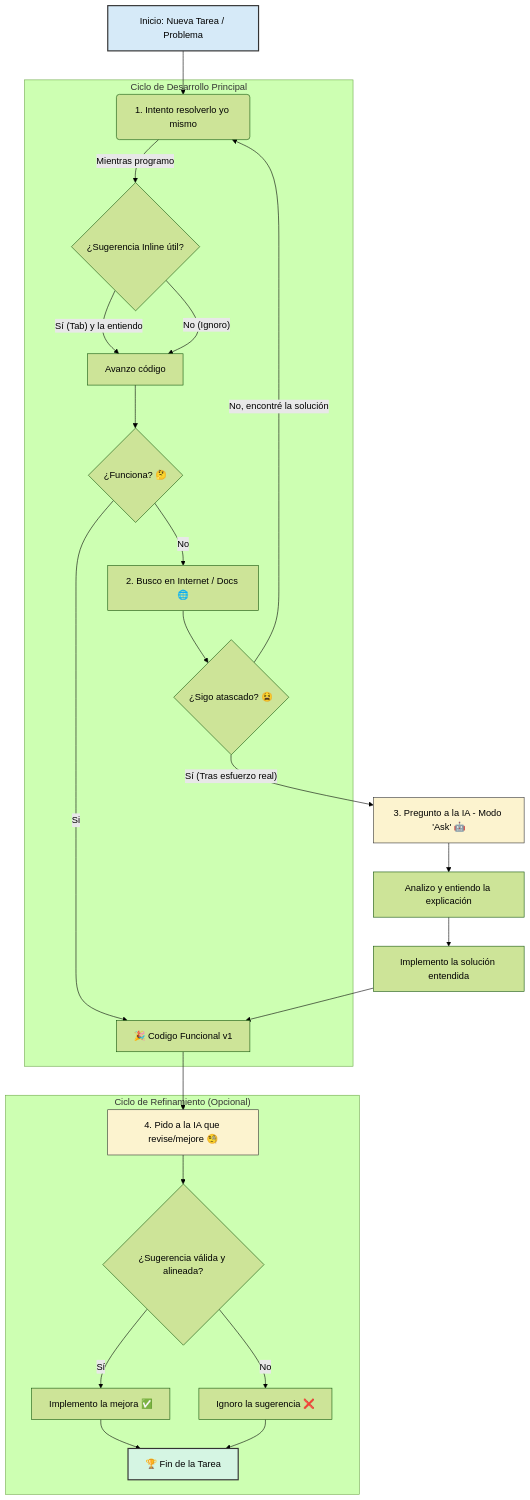
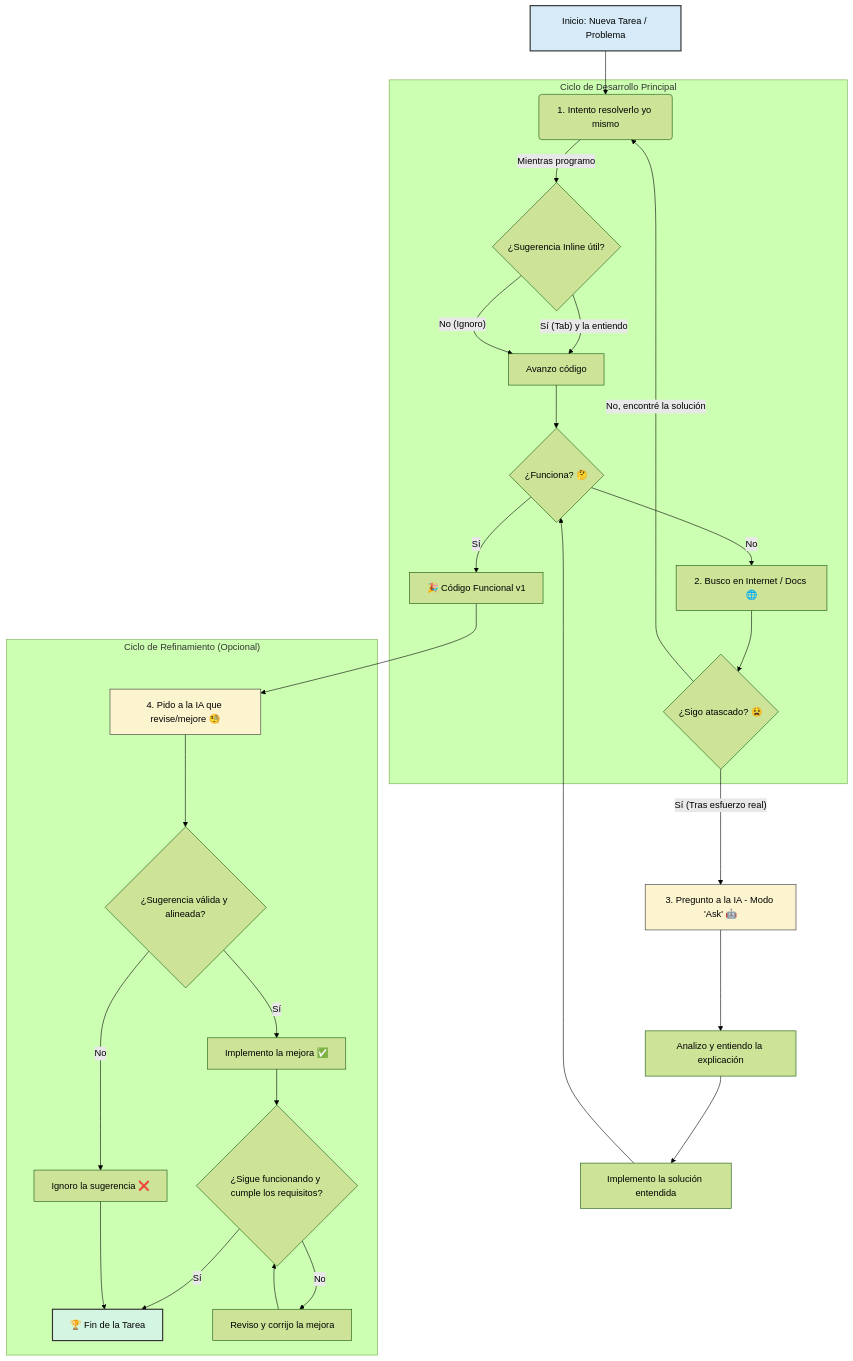
The diagram in README.md (scontreraslopez/pmdm-2026), drawn with Mermaid (forest theme) before and after one commit. The commit also changed other lines of this file and 18 other files, not shown here.

````diff
--- a/README.md
+++ b/README.md
@@ -78,36 +108,39 @@
 ```mermaid
 %% Flujo de trabajo del Desarrollador Competente con IA
 graph TD
     style A fill:#D6EAF8,stroke:#333,stroke-width:2px
     style P fill:#D5F5E3,stroke:#333,stroke-width:2px
     style H fill:#FCF3CF,stroke:#333,stroke-width:1px
     style L fill:#FCF3CF,stroke:#333,stroke-width:1px
 
     A[Inicio: Nueva Tarea / Problema] --> B(1. Intento resolverlo yo mismo)
 
     subgraph "Ciclo de Desarrollo Principal"
         B -- "Mientras programo" --> C{¿Sugerencia Inline útil?}
         C -- "Sí (Tab) y la entiendo" --> D[Avanzo código]
         C -- "No (Ignoro)" --> D
         D --> E{¿Funciona? 🤔}
         E -- "No" --> F[2. Busco en Internet / Docs 🌐]
         F --> G{¿Sigo atascado? 😫}
         G -- "No, encontré la solución" --> B
-        E -- "Si" --> K[🎉 Codigo Funcional v1 ] 
+        E -- "Sí" --> K[🎉 Código Funcional v1 ] 
     end
 
     %% Rama de Desbloqueo por IA
     G -- "Sí (Tras esfuerzo real)" --> H[3. Pregunto a la IA - Modo 'Ask' 🤖]
     H --> I[Analizo y entiendo la explicación]
     I --> J[Implemento la solución entendida]
-    J --> K
+    J --> E
 
     subgraph "Ciclo de Refinamiento (Opcional)"
         K --> L[4. Pido a la IA que revise/mejore 🧐]
         L --> M{¿Sugerencia válida y alineada?}
         M -- "Sí" --> N[Implemento la mejora ✅]
         M -- "No" --> O[Ignoro la sugerencia ❌]
-        N --> P[🏆 Fin de la Tarea]
+        N --> Q{¿Sigue funcionando y cumple los requisitos?}
+        Q -- "Sí" --> P[🏆 Fin de la Tarea]
+        Q -- "No" --> R[Reviso y corrijo la mejora]
+        R --> Q
         O --> P
     end
 ```
````
